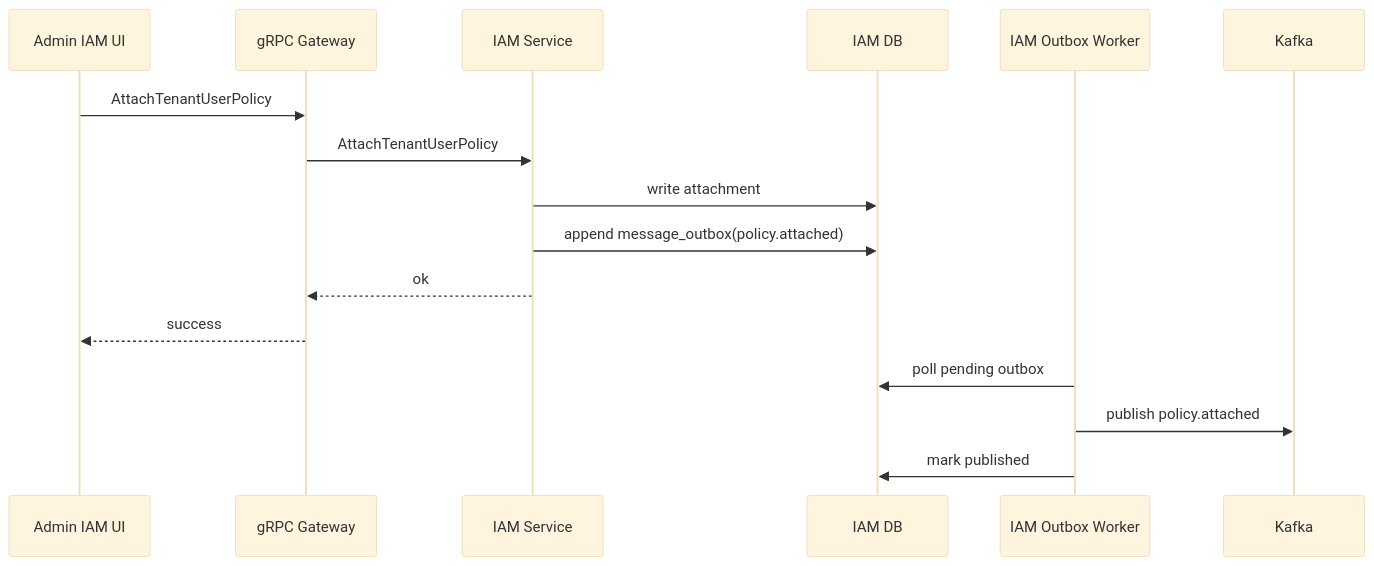
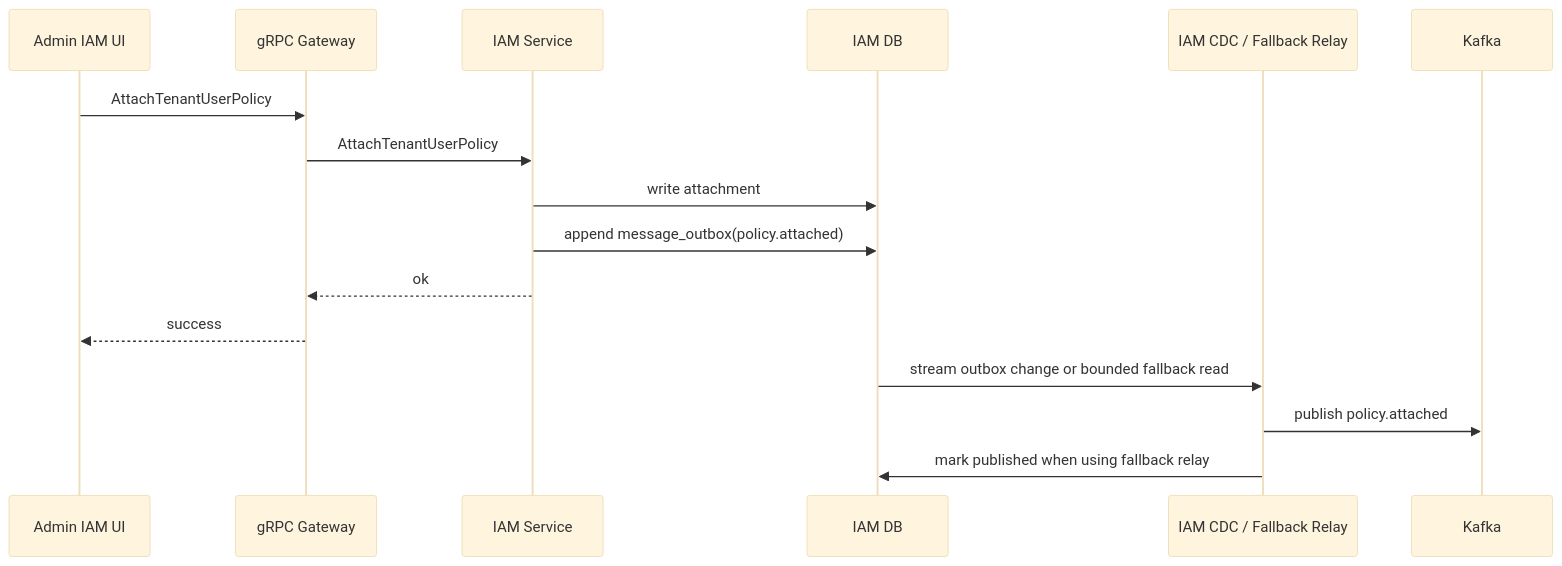
The seventh of 9 diagrams in docs/architecture/sequences.md (tuannm99/podzone), drawn with Mermaid (base theme) before and after one commit. The commit also changed other lines of this file and 15 other files, not shown here.

Commit message:
fix(vibe): cdc connect for outbox streaming

````diff
--- a/docs/architecture/sequences.md
+++ b/docs/architecture/sequences.md
@@ -144,20 +145,20 @@
 ```mermaid
 sequenceDiagram
     participant UI as Admin IAM UI
     participant GW as gRPC Gateway
     participant IAM as IAM Service
     participant IAMDB as IAM DB
-    participant Outbox as IAM Outbox Worker
+    participant EventRelay as IAM CDC / Fallback Relay
     participant Kafka as Kafka
 
     UI->>GW: AttachTenantUserPolicy
     GW->>IAM: AttachTenantUserPolicy
     IAM->>IAMDB: write attachment
     IAM->>IAMDB: append message_outbox(policy.attached)
     IAM-->>GW: ok
     GW-->>UI: success
 
-    Outbox->>IAMDB: poll pending outbox
-    Outbox->>Kafka: publish policy.attached
-    Outbox->>IAMDB: mark published
+    IAMDB->>EventRelay: stream outbox change or bounded fallback read
+    EventRelay->>Kafka: publish policy.attached
+    EventRelay->>IAMDB: mark published when using fallback relay
 ```
````
